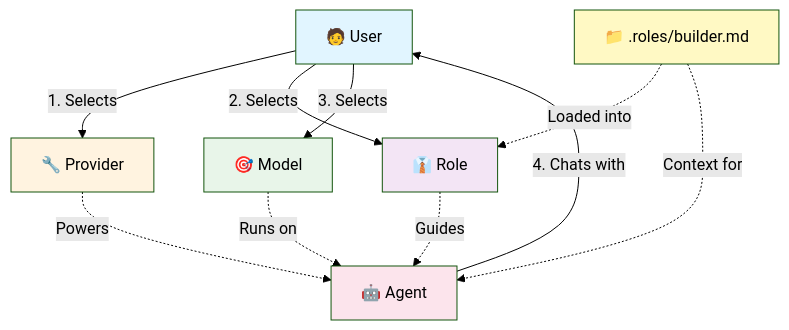
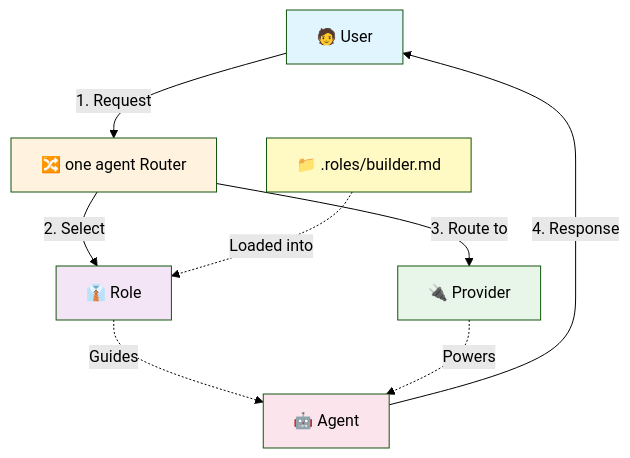
One commit to jessesep/claude-code-discord changed the first of 6 diagrams in docs/AGENT-ROLE-SYSTEM.md. Above: the diagram before and after it, drawn with Mermaid (forest theme). The commit also changed other lines of this file and 37 other files, not shown here.

First line of the commit message:
refactor: rebrand to 'one agent' across codebase

````diff
--- a/docs/AGENT-ROLE-SYSTEM.md
+++ b/docs/AGENT-ROLE-SYSTEM.md
@@ -32,20 +32,18 @@
 ```mermaid
 graph TB
-    A[🧑 User] -->|1. Selects| B[🔧 Provider]
-    A -->|2. Selects| C[👔 Role]
-    A -->|3. Selects| D[🎯 Model]
-    B -.->|Powers| E[🤖 Agent]
-    C -.->|Guides| E
-    D -.->|Runs on| E
-    E -->|4. Chats with| A
+    A[🧑 User] -->|1. Request| B[🔀 one agent Router]
+    B -->|2. Select| C[👔 Role]
+    B -->|3. Route to| D[🔌 Provider]
+    C -.->|Guides| E[🤖 Agent]
+    D -.->|Powers| E
+    E -->|4. Response| A
     
     F[📁 .roles/builder.md] -.->|Loaded into| C
-    F -.->|Context for| E
     
     style A fill:#e1f5ff
     style B fill:#fff3e0
     style C fill:#f3e5f5
     style D fill:#e8f5e9
     style E fill:#fce4ec
     style F fill:#fff9c4
 ```
````
